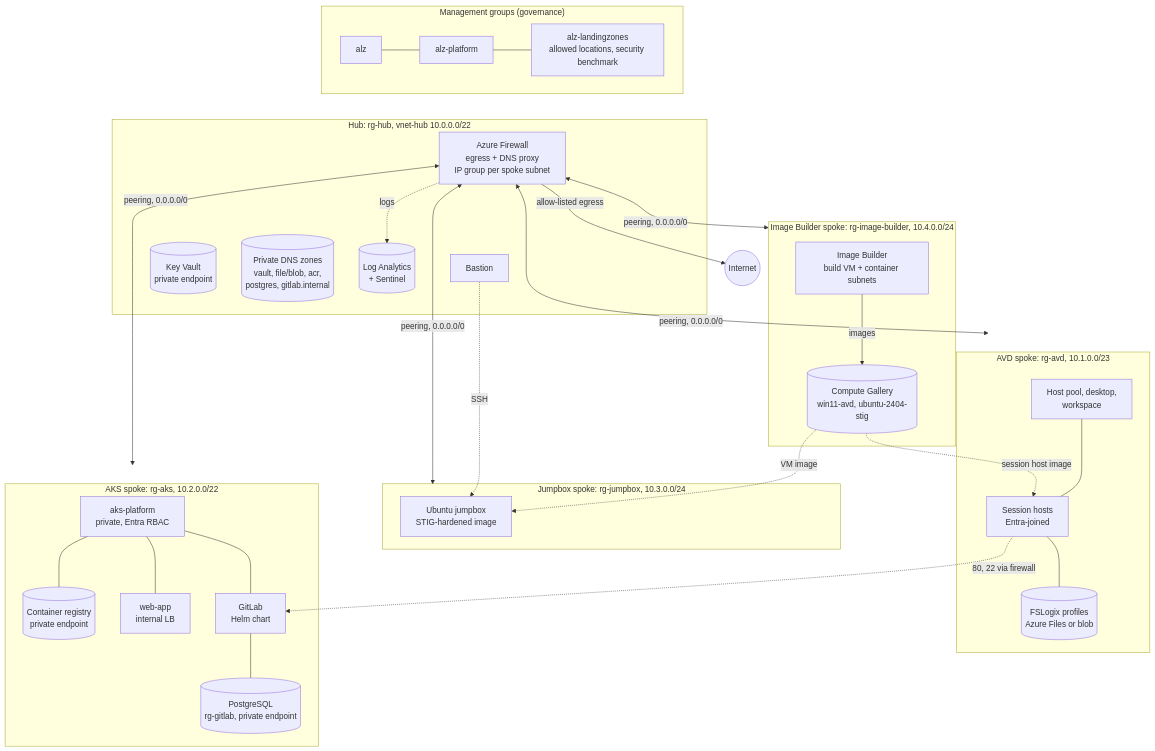
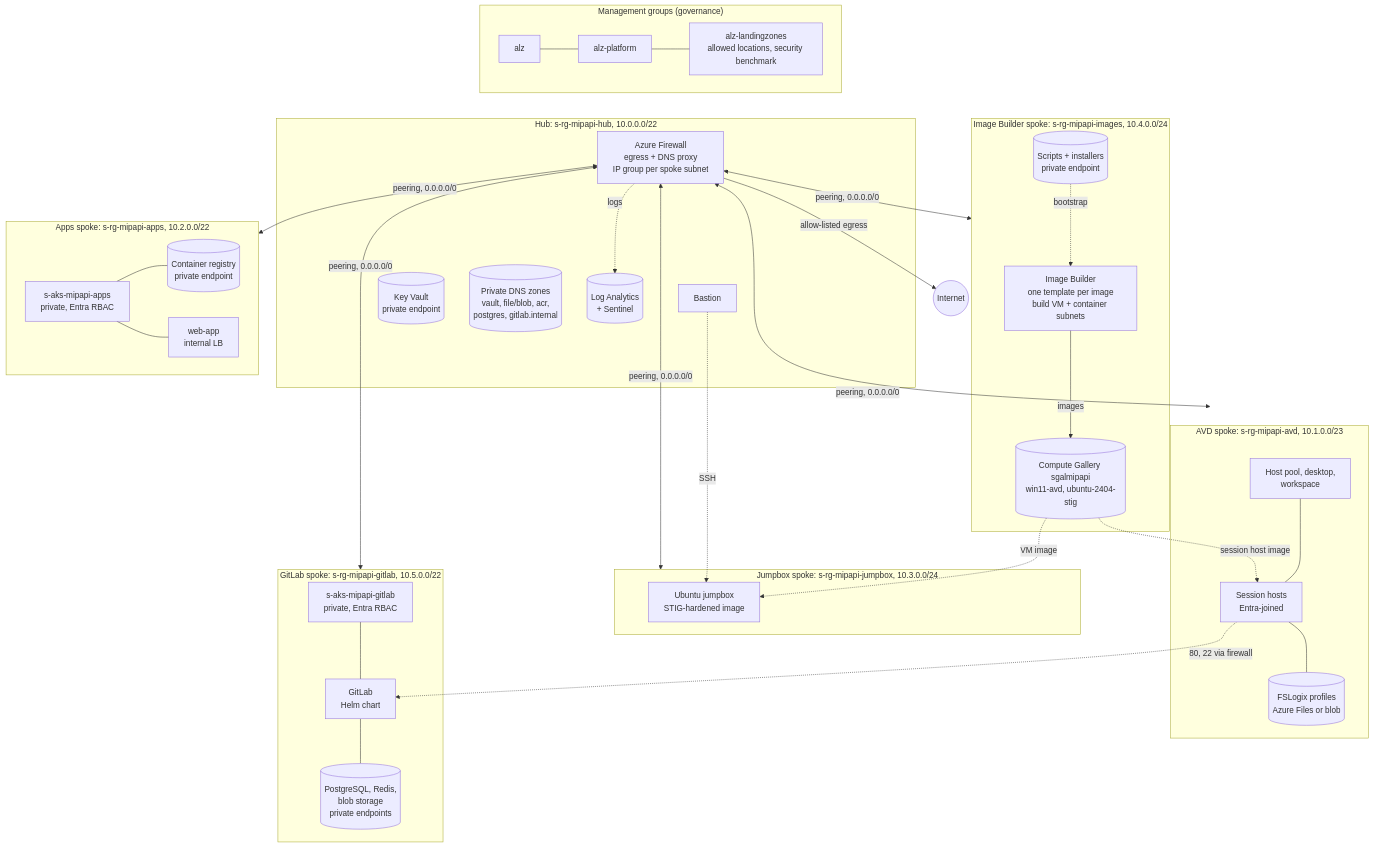
One commit to mipapi1/azure-infrastructure changed the diagram in docs/diagrams/platform.mmd. Above: the diagram before and after it, drawn with Mermaid. The commit also changed 4 other files, not shown here.

Commit message:
updating docs and diagram

```diff
--- a/docs/diagrams/platform.mmd
+++ b/docs/diagrams/platform.mmd
@@ -1,56 +1,61 @@
 %% Source of docs/diagrams/platform.{light,dark}.svg (hand-drawn Mermaid, one SVG per theme).
 %% Colour classes: gov, sec, net, data, obs, ci, muted on nodes; z-<class> on subgraphs.
 %% The classDefs and the hand-drawn look are added at render time, so this file holds only structure.
 flowchart TB
   subgraph mg["Management groups (governance)"]
     direction LR
     root[alz] --- plat[alz-platform] --- lz[alz-landingzones<br/>allowed locations, security benchmark]
   end
-  subgraph hub["Hub: rg-hub, vnet-hub 10.0.0.0/22"]
+  subgraph hub["Hub: s-rg-mipapi-hub, 10.0.0.0/22"]
     afw[Azure Firewall<br/>egress + DNS proxy<br/>IP group per spoke subnet]
     bas[Bastion]
     kv[(Key Vault<br/>private endpoint)]
     dns[(Private DNS zones<br/>vault, file/blob, acr,<br/>postgres, gitlab.internal)]
     law[(Log Analytics<br/>+ Sentinel)]
   end
-  subgraph aib["Image Builder spoke: rg-image-builder, 10.4.0.0/24"]
-    it[Image Builder<br/>build VM + container subnets]
-    gal[(Compute Gallery<br/>win11-avd, ubuntu-2404-stig)]
+  subgraph aib["Image Builder spoke: s-rg-mipapi-images, 10.4.0.0/24"]
+    it[Image Builder<br/>one template per image<br/>build VM + container subnets]
+    gal[(Compute Gallery sgalmipapi<br/>win11-avd, ubuntu-2404-stig)]
+    st[(Scripts + installers<br/>private endpoint)]
   end
-  subgraph jb["Jumpbox spoke: rg-jumpbox, 10.3.0.0/24"]
+  subgraph jb["Jumpbox spoke: s-rg-mipapi-jumpbox, 10.3.0.0/24"]
     vm[Ubuntu jumpbox<br/>STIG-hardened image]
   end
-  subgraph avd["AVD spoke: rg-avd, 10.1.0.0/23"]
+  subgraph avd["AVD spoke: s-rg-mipapi-avd, 10.1.0.0/23"]
     hosts[Session hosts<br/>Entra-joined] --- fsl[(FSLogix profiles<br/>Azure Files or blob)]
     hp[Host pool, desktop,<br/>workspace] --- hosts
   end
-  subgraph aks["AKS spoke: rg-aks, 10.2.0.0/22"]
-    cluster[aks-platform<br/>private, Entra RBAC] --- acr[(Container registry<br/>private endpoint)]
+  subgraph aks["Apps spoke: s-rg-mipapi-apps, 10.2.0.0/22"]
+    cluster[s-aks-mipapi-apps<br/>private, Entra RBAC] --- acr[(Container registry<br/>private endpoint)]
     cluster --- app[web-app<br/>internal LB]
-    cluster --- gl[GitLab<br/>Helm chart]
-    gl --- pg[(PostgreSQL<br/>rg-gitlab, private endpoint)]
+  end
+  subgraph glk["GitLab spoke: s-rg-mipapi-gitlab, 10.5.0.0/22"]
+    gcluster[s-aks-mipapi-gitlab<br/>private, Entra RBAC] --- gl[GitLab<br/>Helm chart]
+    gl --- pg[(PostgreSQL, Redis,<br/>blob storage<br/>private endpoints)]
   end
   mg ~~~ hub
   afw -->|allow-listed egress| net((Internet))
   afw <-->|peering, 0.0.0.0/0| aib
   afw <-->|peering, 0.0.0.0/0| jb
   afw <-->|peering, 0.0.0.0/0| avd
   afw <-->|peering, 0.0.0.0/0| aks
+  afw <-->|peering, 0.0.0.0/0| glk
   afw -.->|logs| law
   it -->|images| gal
+  st -.->|bootstrap| it
   gal -.->|session host image| hosts
   gal -.->|VM image| vm
   bas -.->|SSH| vm
   hosts -.->|80, 22 via firewall| gl
 
   class root,plat,lz gov
   class afw,bas,kv sec
-  class hosts,hp,cluster,app,vm net
-  class dns,fsl,acr,pg,gal data
+  class hosts,hp,cluster,gcluster,app,vm net
+  class dns,fsl,acr,pg,gal,st data
   class law obs
   class it,gl ci
   class net muted
   class mg z-gov
   class hub z-sec
-  class avd,aks,jb z-net
+  class avd,aks,jb,glk z-net
   class aib z-ci
```
